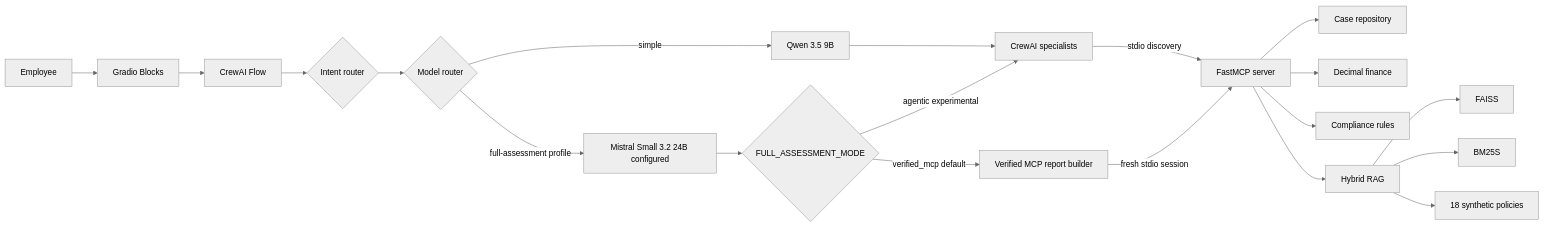
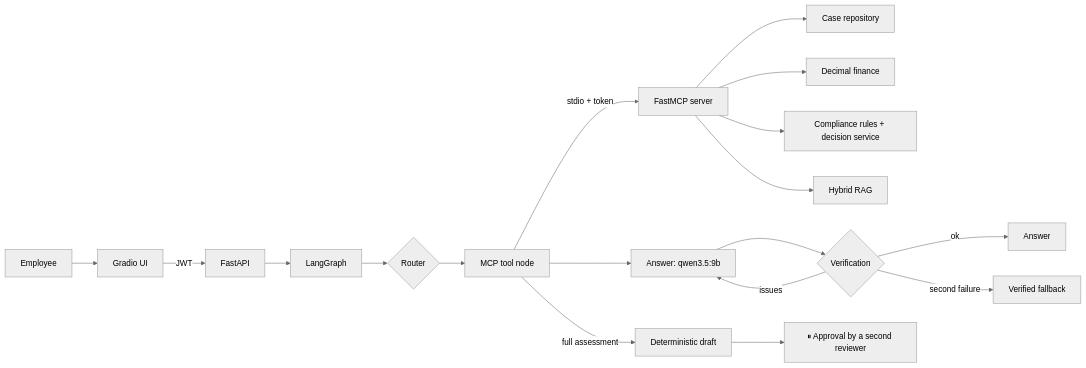
The diagram in README.md (Maik-Huebner/secure-enterprise-ai-assistant), drawn with Mermaid (neutral theme) before and after one commit. The commit also changed other lines of this file and 8 other files, not shown here.

First line of the commit message:
docs: LangGraph architecture, answer quality, learning note for package 4

````diff
--- a/README.md
+++ b/README.md
@@ -45,22 +47,20 @@
 ```mermaid
 flowchart LR
-    U[Employee] --> UI[Gradio Blocks]
-    UI --> F[CrewAI Flow]
-    F --> R{Intent router}
-    R --> MR{Model router}
-    MR -->|simple| Q[Qwen 3.5 9B]
-    MR -->|full-assessment profile| CFG[Mistral Small 3.2 24B configured]
-    Q --> A[CrewAI specialists]
-    CFG --> MODE{FULL_ASSESSMENT_MODE}
-    MODE -->|verified_mcp default| D[Verified MCP report builder]
-    MODE -->|agentic experimental| A
-    A -->|stdio discovery| M[FastMCP server]
-    D -->|fresh stdio session| M
+    U[Employee] --> UI[Gradio UI]
+    UI -->|JWT| API[FastAPI]
+    API --> G[LangGraph]
+    G --> R{Router}
+    R --> T[MCP tool node]
+    T -->|stdio + token| M[FastMCP server]
     M --> C[Case repository]
     M --> N[Decimal finance]
-    M --> P[Compliance rules]
+    M --> P[Compliance rules + decision service]
     M --> H[Hybrid RAG]
-    H --> V[FAISS]
-    H --> B[BM25S]
-    H --> K[18 synthetic policies]
+    T --> A[Answer: qwen3.5:9b]
+    A --> V{Verification}
+    V -->|ok| OUT[Answer]
+    V -->|issues| A
+    V -->|second failure| FB[Verified fallback]
+    T -->|full assessment| D[Deterministic draft]
+    D --> HR[⏸ Approval by a second reviewer]
 ```
````
